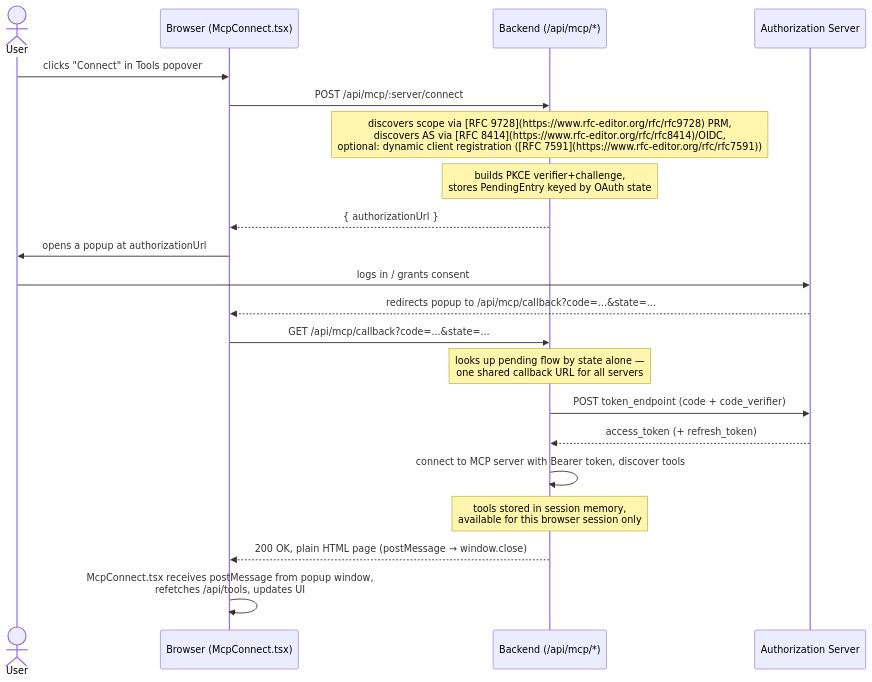
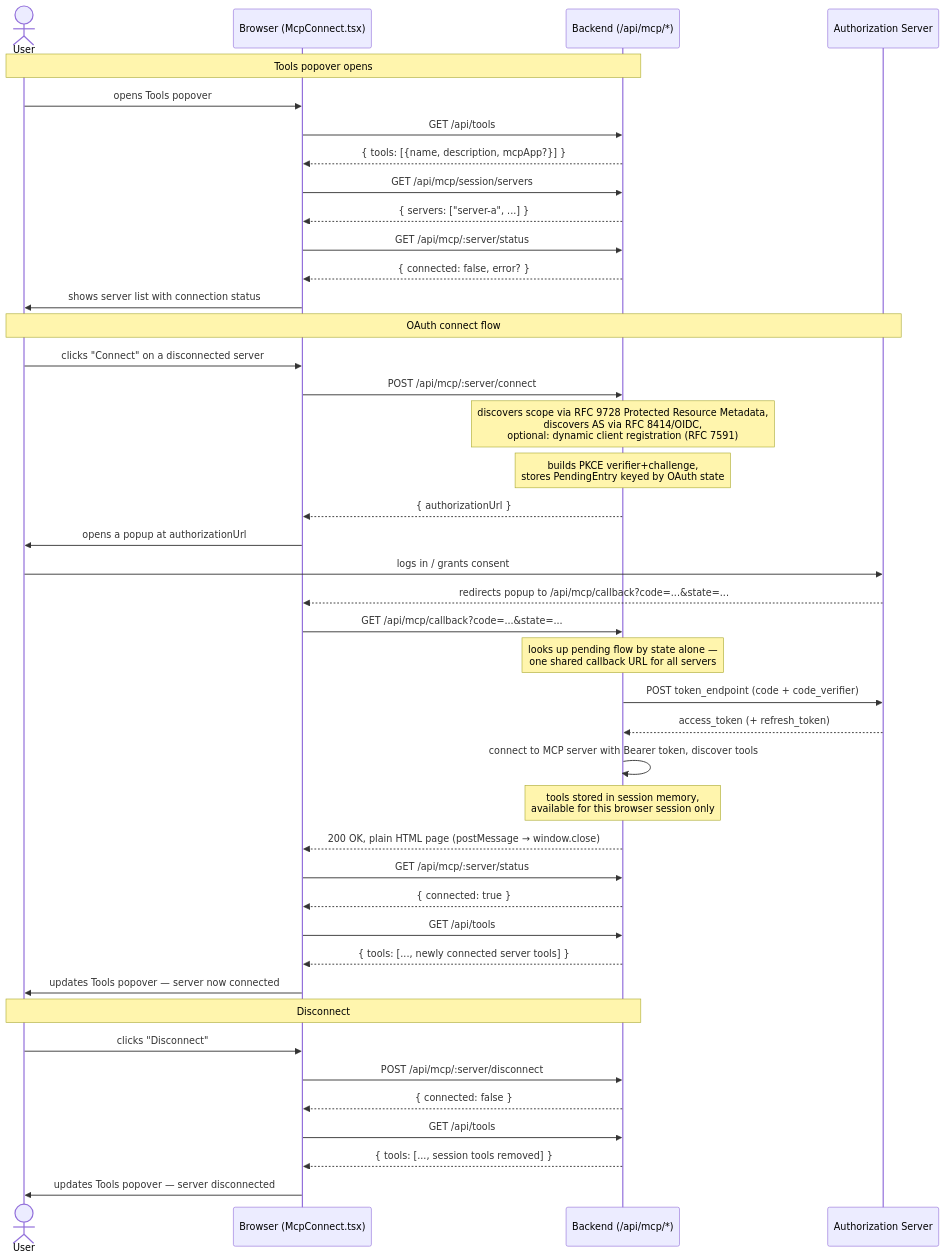
The third of 3 diagrams in docs/architectures/architecture-mcp.md (CesiumGS/cesiumjs-ai-starter-app), drawn with Mermaid before and after one commit. The commit also changed other lines of this file and 2 other files, not shown here.

````diff
--- a/docs/architectures/architecture-mcp.md
+++ b/docs/architectures/architecture-mcp.md
@@ -143,25 +143,48 @@
 ```mermaid
 %%{init: {"themeVariables": {"fontSize": "16px"}, "sequence": {"actorFontSize": 16, "messageFontSize": 15, "noteFontSize": 14, "actorMargin": 60, "boxMargin": 10, "diagramMarginX": 30, "diagramMarginY": 15}}}%%
 sequenceDiagram
     actor User
     participant Browser as Browser (McpConnect.tsx)
     participant Backend as Backend (/api/mcp/*)
     participant AuthServer as Authorization Server
 
-    User->>Browser: clicks "Connect" in Tools popover
+    Note over User,Backend: Tools popover opens
+    User->>Browser: opens Tools popover
+    Browser->>Backend: GET /api/tools
+    Backend-->>Browser: { tools: [{name, description, mcpApp?}] }
+    Browser->>Backend: GET /api/mcp/session/servers
+    Backend-->>Browser: { servers: ["server-a", ...] }
+    Browser->>Backend: GET /api/mcp/:server/status
+    Backend-->>Browser: { connected: false, error? }
+    Browser->>User: shows server list with connection status
+
+    Note over User,AuthServer: OAuth connect flow
+    User->>Browser: clicks "Connect" on a disconnected server
     Browser->>Backend: POST /api/mcp/:server/connect
-    Note over Backend: discovers scope via [RFC 9728](https://www.rfc-editor.org/rfc/rfc9728) PRM,<br/>discovers AS via [RFC 8414](https://www.rfc-editor.org/rfc/rfc8414)/OIDC,<br/>optional: dynamic client registration ([RFC 7591](https://www.rfc-editor.org/rfc/rfc7591))
+    Note over Backend: discovers scope via RFC 9728 Protected Resource Metadata,<br/>discovers AS via RFC 8414/OIDC,<br/>optional: dynamic client registration (RFC 7591)
     Note over Backend: builds PKCE verifier+challenge,<br/>stores PendingEntry keyed by OAuth state
     Backend-->>Browser: { authorizationUrl }
     Browser->>User: opens a popup at authorizationUrl
     User->>AuthServer: logs in / grants consent
     AuthServer-->>Browser: redirects popup to /api/mcp/callback?code=...&state=...
     Browser->>Backend: GET /api/mcp/callback?code=...&state=...
     Note over Backend: looks up pending flow by state alone —<br/>one shared callback URL for all servers
     Backend->>AuthServer: POST token_endpoint (code + code_verifier)
     AuthServer-->>Backend: access_token (+ refresh_token)
     Backend->>Backend: connect to MCP server with Bearer token, discover tools
     Note over Backend: tools stored in session memory,<br/>available for this browser session only
     Backend-->>Browser: 200 OK, plain HTML page (postMessage → window.close)
-    Browser->>Browser: McpConnect.tsx receives postMessage from popup window,<br/>refetches /api/tools, updates UI
+    Browser->>Backend: GET /api/mcp/:server/status
+    Backend-->>Browser: { connected: true }
+    Browser->>Backend: GET /api/tools
+    Backend-->>Browser: { tools: [..., newly connected server tools] }
+    Browser->>User: updates Tools popover — server now connected
+
+    Note over User,Backend: Disconnect
+    User->>Browser: clicks "Disconnect"
+    Browser->>Backend: POST /api/mcp/:server/disconnect
+    Backend-->>Browser: { connected: false }
+    Browser->>Backend: GET /api/tools
+    Backend-->>Browser: { tools: [..., session tools removed] }
+    Browser->>User: updates Tools popover — server disconnected
 ```
````
